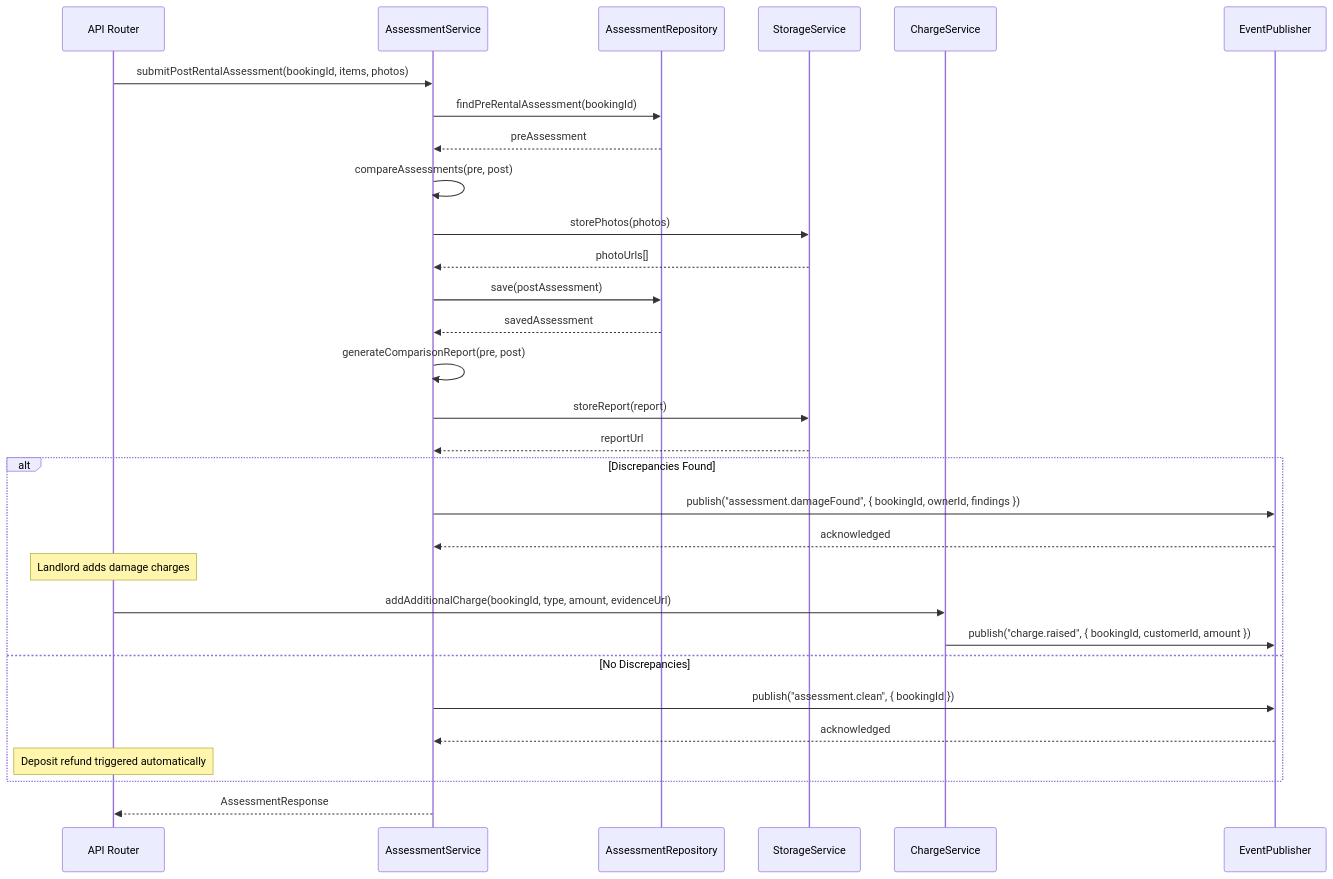
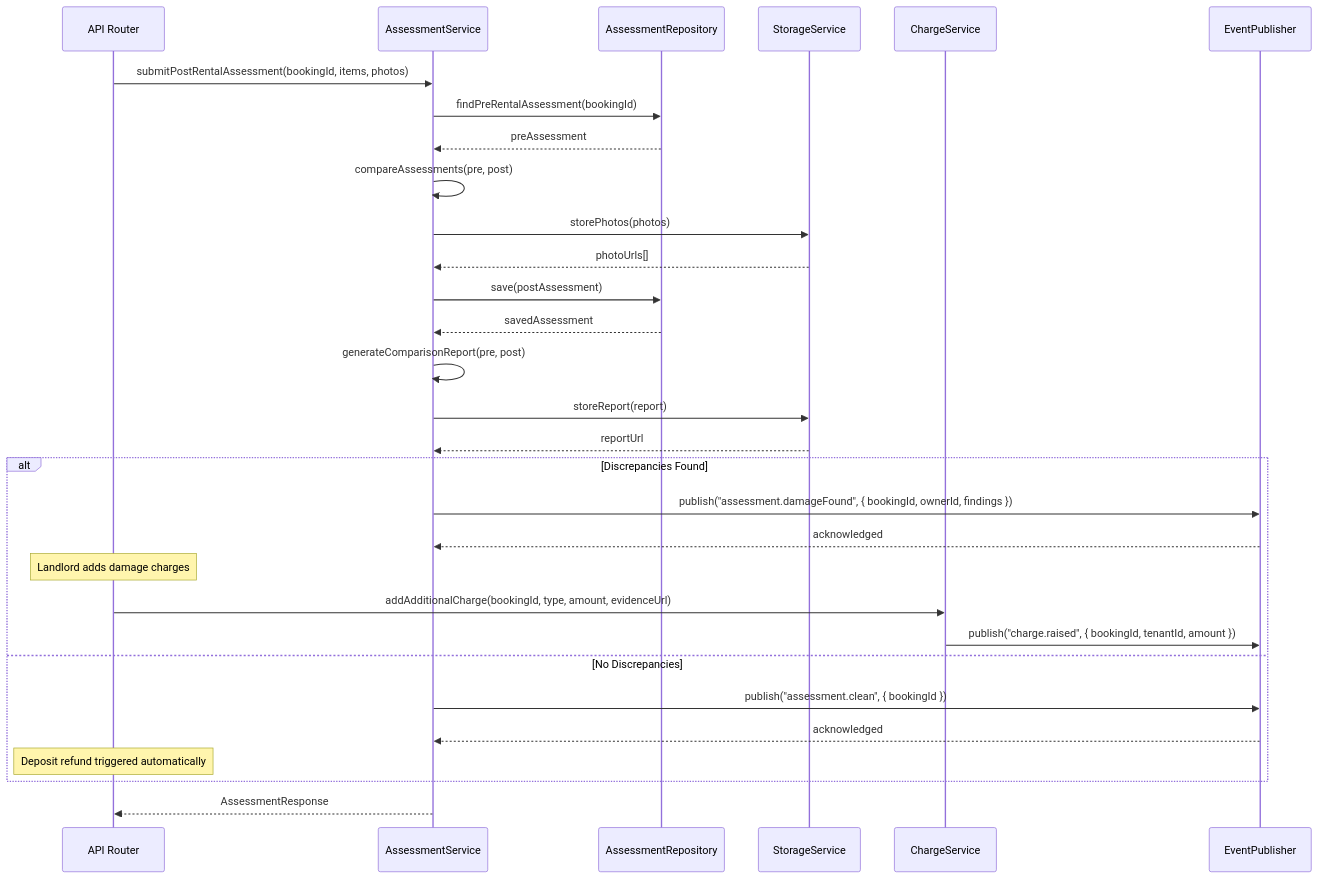
One commit to 0Ankit0/meroghar changed the fourth of 5 diagrams in docs/detailed-design/sequence-diagrams.md. Above: the diagram before and after it, drawn with Mermaid. The commit also changed other lines of this file and 13 other files, not shown here.

````diff
--- a/docs/detailed-design/sequence-diagrams.md
+++ b/docs/detailed-design/sequence-diagrams.md
@@ -123,39 +123,39 @@
 ```mermaid
 sequenceDiagram
     participant Router as API Router
     participant AssessSvc as AssessmentService
     participant AssessRepo as AssessmentRepository
     participant StorageSvc as StorageService
     participant ChargeSvc as ChargeService
     participant EventPub as EventPublisher
 
     Router->>AssessSvc: submitPostRentalAssessment(bookingId, items, photos)
 
     AssessSvc->>AssessRepo: findPreRentalAssessment(bookingId)
     AssessRepo-->>AssessSvc: preAssessment
 
     AssessSvc->>AssessSvc: compareAssessments(pre, post)
     AssessSvc->>StorageSvc: storePhotos(photos)
     StorageSvc-->>AssessSvc: photoUrls[]
 
     AssessSvc->>AssessRepo: save(postAssessment)
     AssessRepo-->>AssessSvc: savedAssessment
 
     AssessSvc->>AssessSvc: generateComparisonReport(pre, post)
     AssessSvc->>StorageSvc: storeReport(report)
     StorageSvc-->>AssessSvc: reportUrl
 
     alt Discrepancies Found
         AssessSvc->>EventPub: publish("assessment.damageFound", { bookingId, ownerId, findings })
         EventPub-->>AssessSvc: acknowledged
         note over Router: Landlord adds damage charges
         Router->>ChargeSvc: addAdditionalCharge(bookingId, type, amount, evidenceUrl)
-        ChargeSvc->>EventPub: publish("charge.raised", { bookingId, customerId, amount })
+        ChargeSvc->>EventPub: publish("charge.raised", { bookingId, tenantId, amount })
     else No Discrepancies
         AssessSvc->>EventPub: publish("assessment.clean", { bookingId })
         EventPub-->>AssessSvc: acknowledged
         note over Router: Deposit refund triggered automatically
     end
 
     AssessSvc-->>Router: AssessmentResponse
 ```
````
